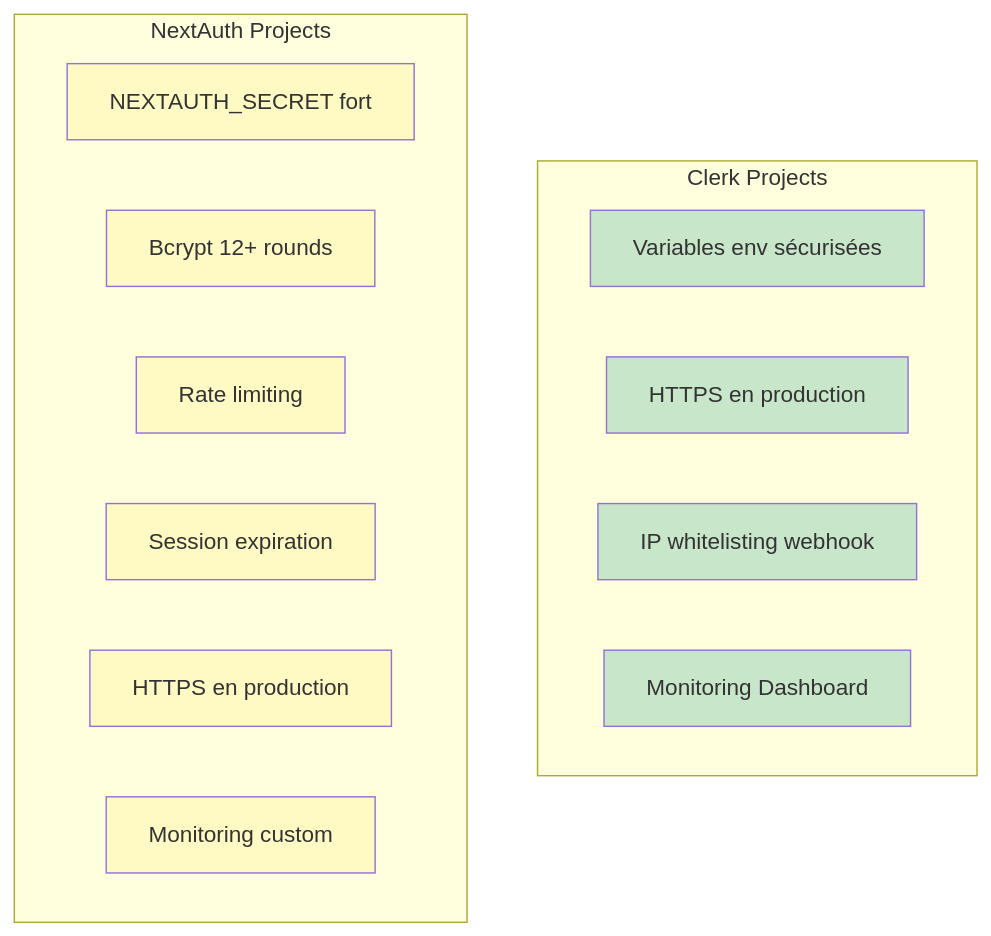
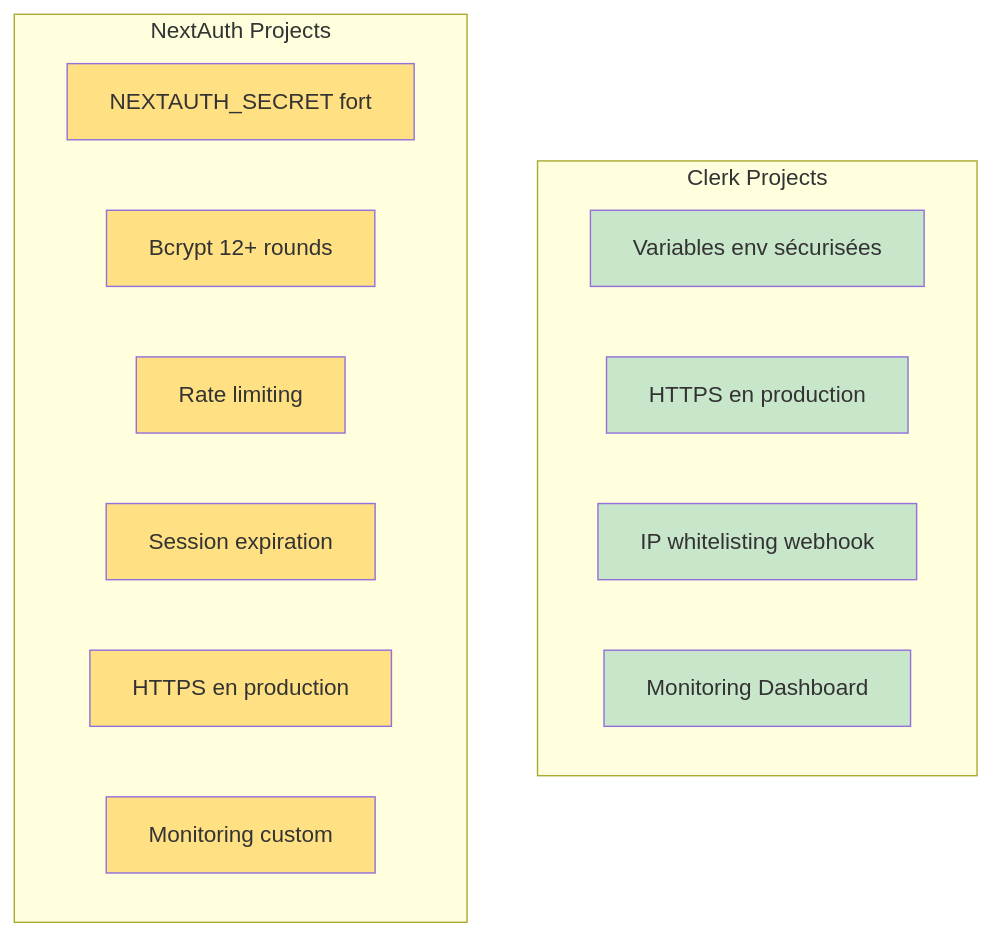
Before and after one commit to inskillflow/auths-1-NEXTJS-introduction: diagram 38 of 39 in 02-DIAGRAMMES_ARCHITECTURES.md, drawn with Mermaid. The commit also changed other lines of this file, not shown here.

````diff
--- a/02-DIAGRAMMES_ARCHITECTURES.md
+++ b/02-DIAGRAMMES_ARCHITECTURES.md
@@ -1199,29 +1199,29 @@
 ```mermaid
 graph TB
     subgraph "Clerk Projects"
         C1[Variables env sécurisées]
         C2[HTTPS en production]
         C3[IP whitelisting webhook]
         C4[Monitoring Dashboard]
     end
     
     subgraph "NextAuth Projects"
         N1[NEXTAUTH_SECRET fort]
         N2[Bcrypt 12+ rounds]
         N3[Rate limiting]
         N4[Session expiration]
         N5[HTTPS en production]
         N6[Monitoring custom]
     end
     
     style C1 fill:#c8e6c9
     style C2 fill:#c8e6c9
     style C3 fill:#c8e6c9
     style C4 fill:#c8e6c9
-    style N1 fill:#fff9c4
-    style N2 fill:#fff9c4
-    style N3 fill:#fff9c4
-    style N4 fill:#fff9c4
-    style N5 fill:#fff9c4
-    style N6 fill:#fff9c4
+    style N1 fill:#ffe082
+    style N2 fill:#ffe082
+    style N3 fill:#ffe082
+    style N4 fill:#ffe082
+    style N5 fill:#ffe082
+    style N6 fill:#ffe082
 ```
````
